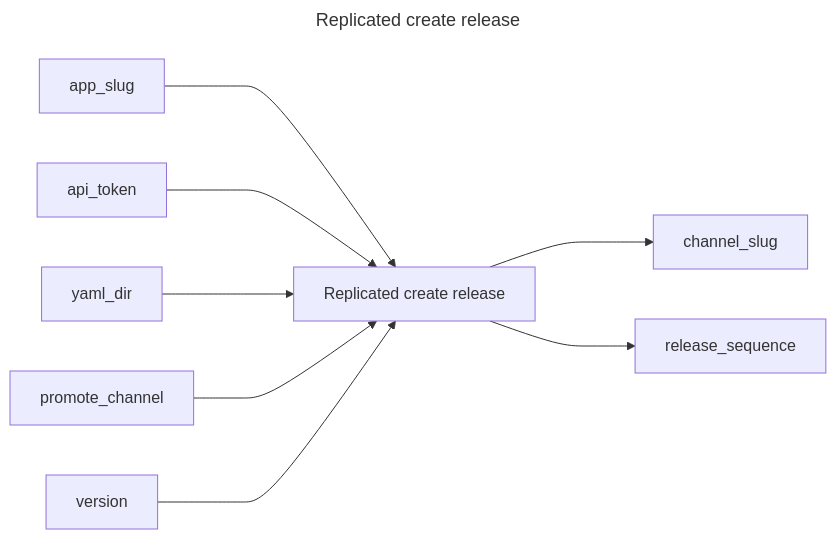
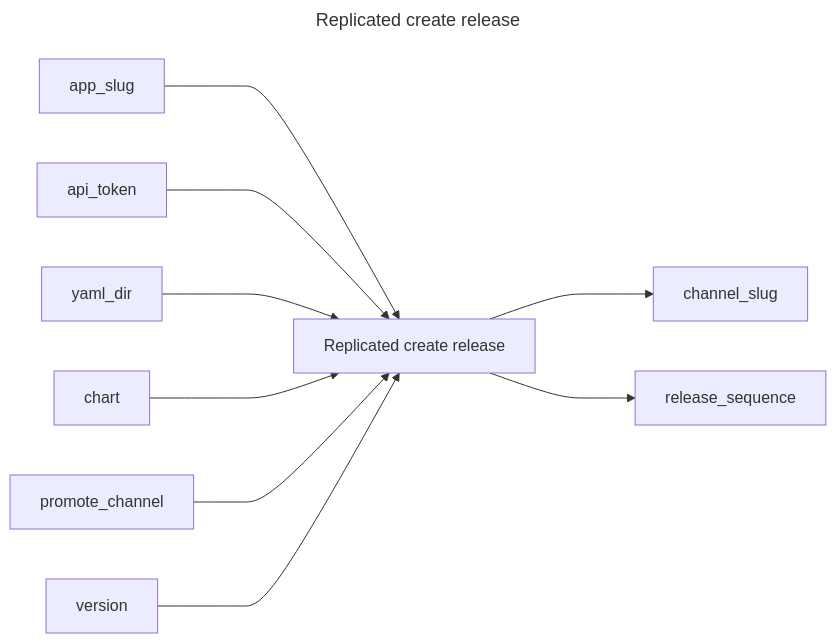
One commit to replicatedhq/replicated-actions changed the diagram in create-release/README.md. Above: the diagram before and after it, drawn with Mermaid. The commit also changed other lines of this file, not shown here.

````diff
--- a/create-release/README.md
+++ b/create-release/README.md
@@ -3,14 +3,15 @@
 ```mermaid
 ---
 title: Replicated create release
 ---
 graph LR
 replicated_create_release["Replicated create release"]
 app_slug ---> replicated_create_release
 api_token ---> replicated_create_release
 yaml_dir ---> replicated_create_release
+chart ---> replicated_create_release
 promote_channel ---> replicated_create_release
 version ---> replicated_create_release
 replicated_create_release ---> channel_slug
 replicated_create_release ---> release_sequence
 ```
````
